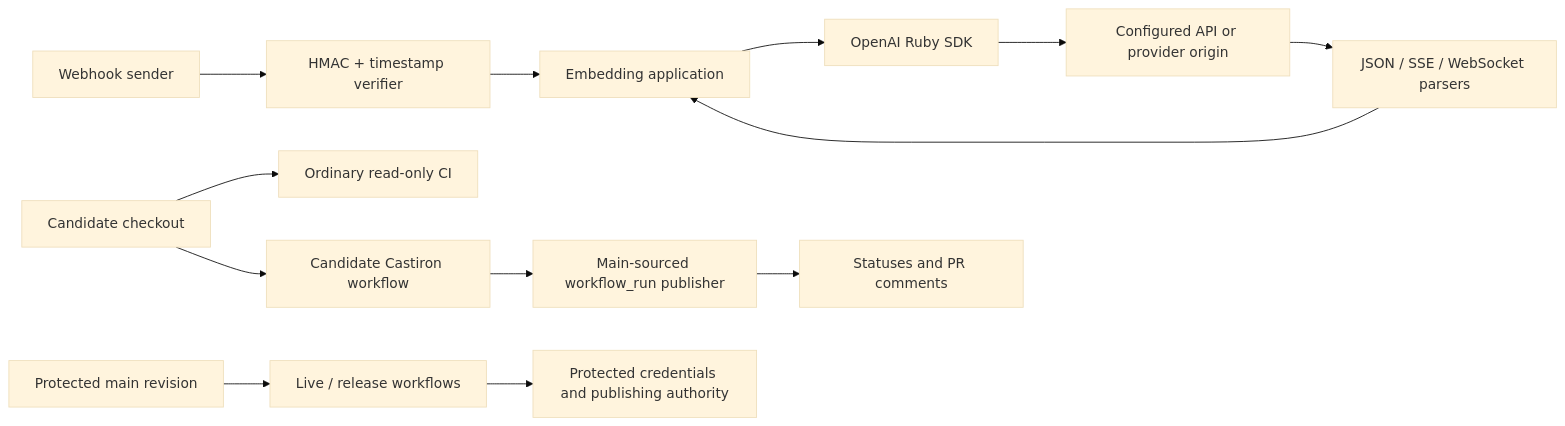
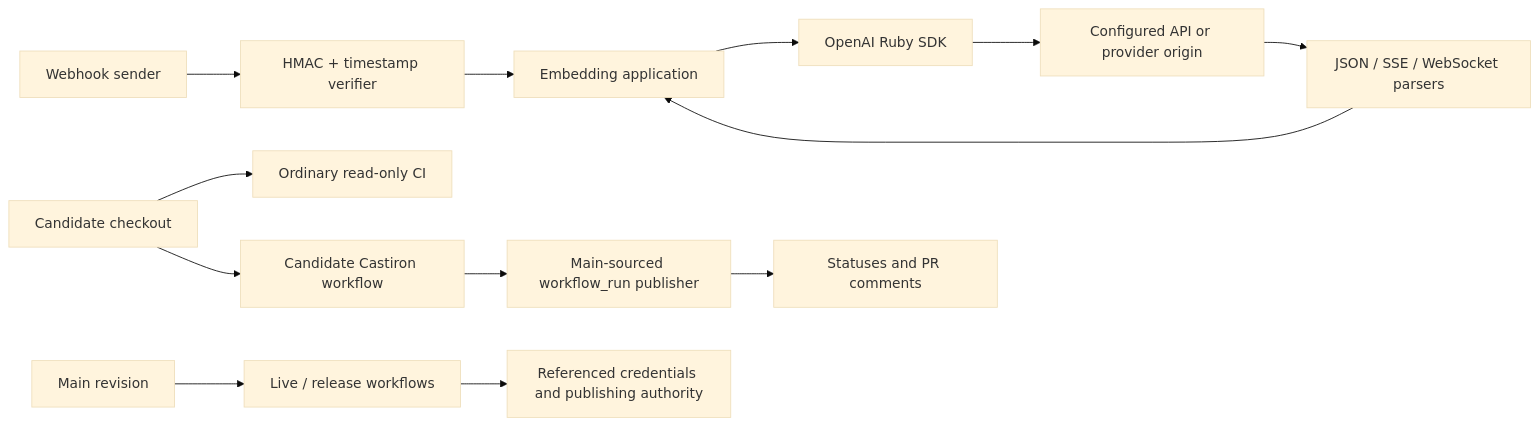
One commit to openai/openai-ruby changed the diagram in docs/architecture/security-model.md. Above: the diagram before and after it, drawn with Mermaid (base theme). The commit also changed other lines of this file, not shown here.

Commit message:
docs: clarify release workflow assumptions

````diff
--- a/docs/architecture/security-model.md
+++ b/docs/architecture/security-model.md
@@ -28,15 +28,15 @@
 ```mermaid
 flowchart LR
   Caller[Embedding application] --> SDK[OpenAI Ruby SDK]
   SDK --> API[Configured API or provider origin]
   API --> Parser[JSON / SSE / WebSocket parsers]
   Parser --> Caller
   Webhook[Webhook sender] --> Verify[HMAC + timestamp verifier]
   Verify --> Caller
   PR[Candidate checkout] --> CI[Ordinary read-only CI]
   PR --> Castiron[Candidate Castiron workflow]
   Castiron --> Trusted[Main-sourced workflow_run publisher]
   Trusted --> GitHub[Statuses and PR comments]
-  Main[Protected main revision] --> Live[Live / release workflows]
-  Live --> Secrets[Protected credentials and publishing authority]
+  Main[Main revision] --> Live[Live / release workflows]
+  Live --> Secrets[Referenced credentials and publishing authority]
 ```
````
